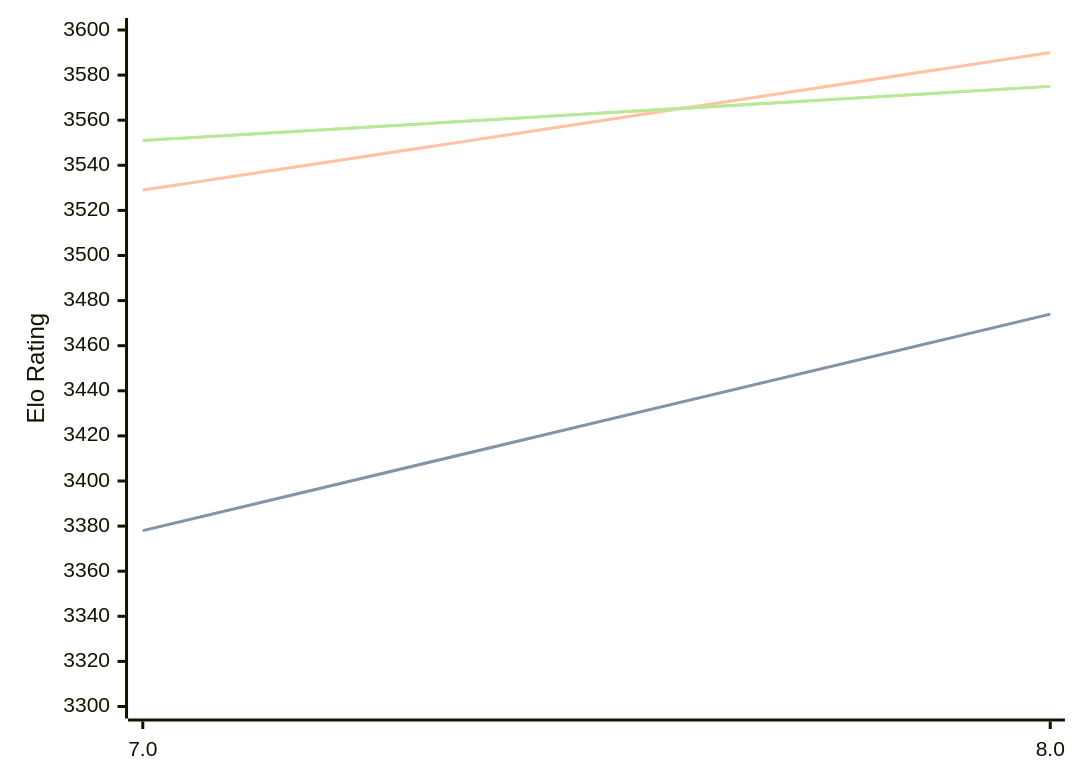
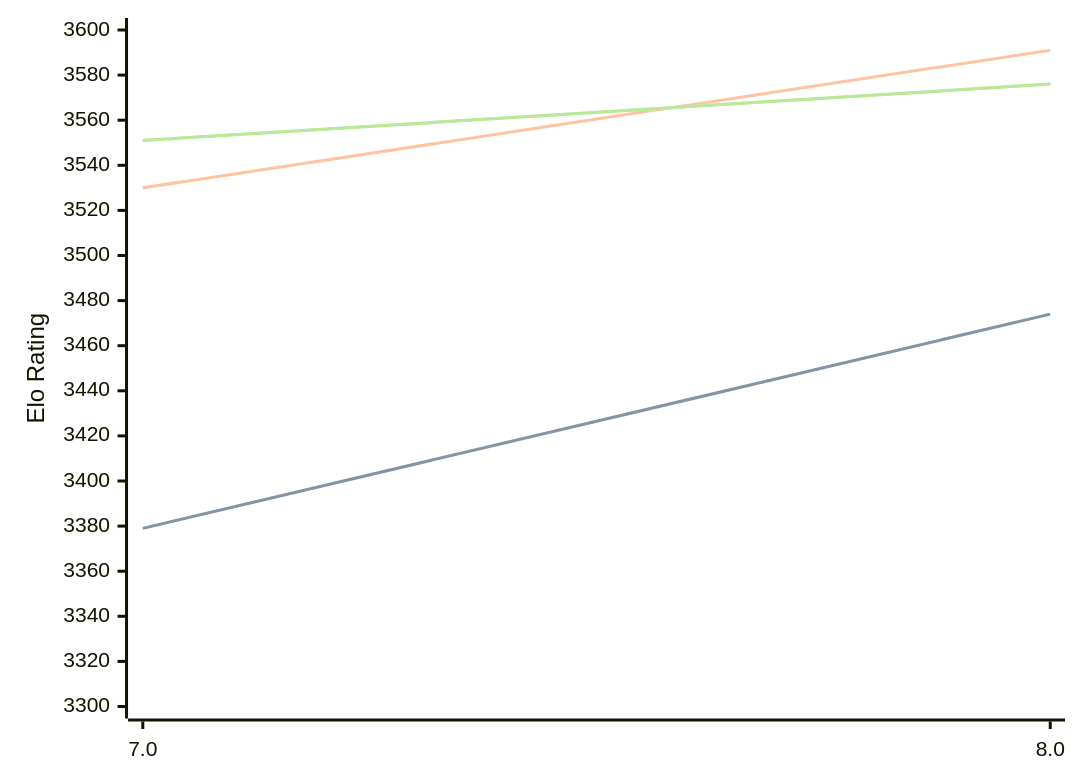
Before and after one commit to computer-chess-index/cci: the diagram in engines/Integral.md, drawn with Mermaid. The commit also changed other lines of this file, not shown here.

Commit message:
Update CCI Ratings (ELO VLTC) - 2026-10-08

````diff
--- a/engines/Integral.md
+++ b/engines/Integral.md
@@ -32,11 +32,11 @@
 ```mermaid
 %%{init: {"theme":"base","themeVariables":{"seriesColors:['#a3a3a3','#222221','#faa371']}}}%%
 xychart-beta
   x-axis ["7.0", "8.0"]
   y-axis "Elo Rating" 3300 --> 3600
-  line "" [3378, 3474]
-  line "STC (8.0+0.08s)" [3378, 3474]
-  line "LTC (60.0+0.60s)" [3529, 3590]
-  line "" [3551, 3575]
-  line "VLTC (2m24s+1.12s)" [3551, 3575]
+  line "" [3379, 3474]
+  line "STC (8.0+0.08s)" [3379, 3474]
+  line "LTC (60.0+0.60s)" [3530, 3591]
+  line "" [3551, 3576]
+  line "VLTC (2m24s+1.12s)" [3551, 3576]
 ```
````
